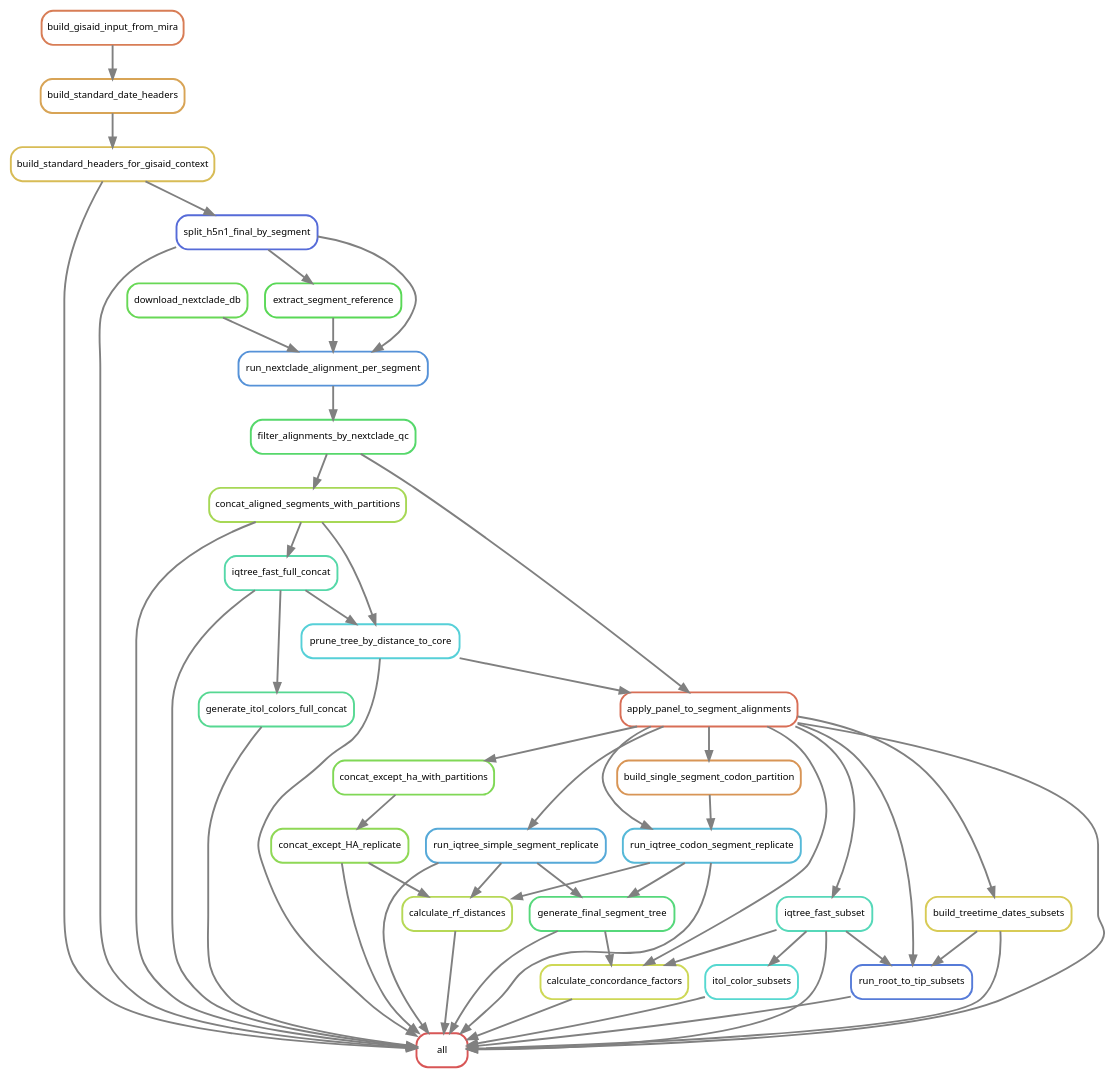
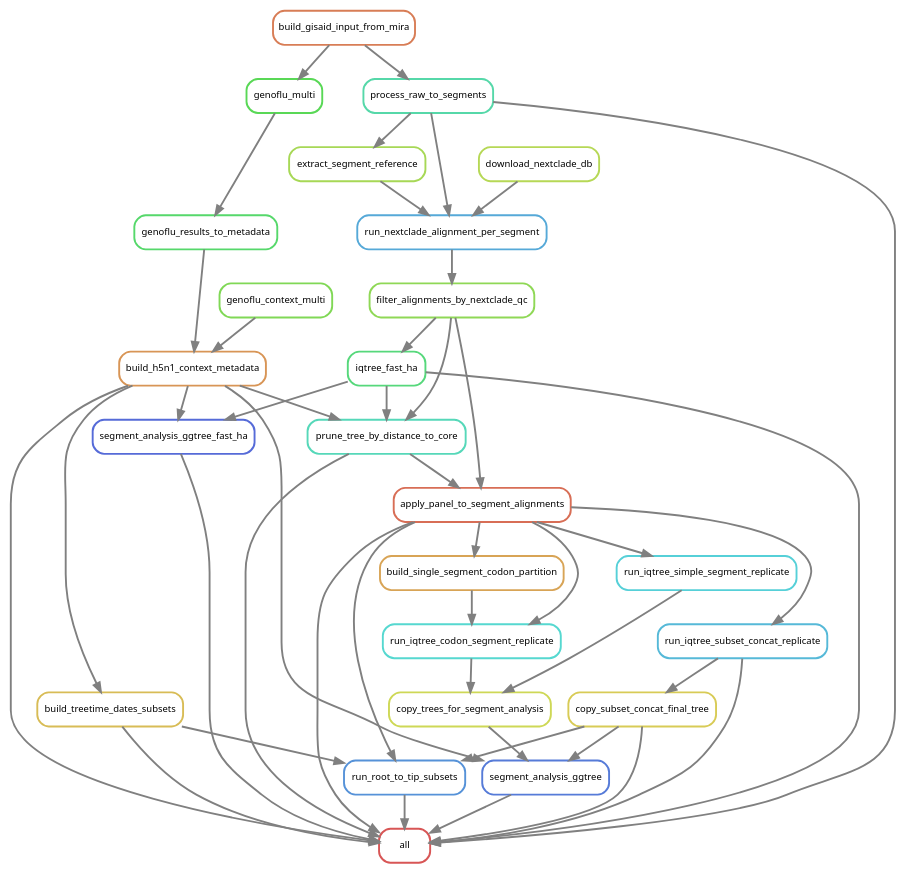
Before and after one commit to Sebysemily/Flu: the diagram in analysis/pipeline_rulegraph.dot, drawn with Graphviz. The commit also changed 50 other files, not shown here.

```diff
--- a/analysis/pipeline_rulegraph.dot
+++ b/analysis/pipeline_rulegraph.dot
@@ -1,83 +1,73 @@
 digraph snakemake_dag {
     graph[bgcolor=white, margin=0];
     node[shape=box, style=rounded, fontname=sans,                 fontsize=10, penwidth=2];
     edge[penwidth=2, color=grey];
 	0[label = "all", color = "0.00 0.6 0.85", style="rounded"];
-	1[label = "build_standard_headers_for_gisaid_context", color = "0.13 0.6 0.85", style="rounded"];
-	2[label = "build_standard_date_headers", color = "0.10 0.6 0.85", style="rounded"];
-	3[label = "build_gisaid_input_from_mira", color = "0.05 0.6 0.85", style="rounded"];
-	4[label = "split_h5n1_final_by_segment", color = "0.64 0.6 0.85", style="rounded"];
-	5[label = "concat_aligned_segments_with_partitions", color = "0.23 0.6 0.85", style="rounded"];
-	6[label = "filter_alignments_by_nextclade_qc", color = "0.36 0.6 0.85", style="rounded"];
-	7[label = "run_nextclade_alignment_per_segment", color = "0.59 0.6 0.85", style="rounded"];
-	8[label = "download_nextclade_db", color = "0.31 0.6 0.85", style="rounded"];
-	9[label = "extract_segment_reference", color = "0.33 0.6 0.85", style="rounded"];
-	10[label = "iqtree_fast_full_concat", color = "0.44 0.6 0.85", style="rounded"];
-	11[label = "run_iqtree_codon_segment_replicate", color = "0.54 0.6 0.85", style="rounded"];
-	12[label = "apply_panel_to_segment_alignments", color = "0.03 0.6 0.85", style="rounded"];
-	13[label = "prune_tree_by_distance_to_core", color = "0.51 0.6 0.85", style="rounded"];
-	14[label = "build_single_segment_codon_partition", color = "0.08 0.6 0.85", style="rounded"];
-	15[label = "run_iqtree_simple_segment_replicate", color = "0.56 0.6 0.85", style="rounded"];
-	16[label = "concat_except_HA_replicate", color = "0.26 0.6 0.85", style="rounded"];
-	17[label = "concat_except_ha_with_partitions", color = "0.28 0.6 0.85", style="rounded"];
-	18[label = "generate_final_segment_tree", color = "0.38 0.6 0.85", style="rounded"];
-	19[label = "calculate_rf_distances", color = "0.21 0.6 0.85", style="rounded"];
-	20[label = "calculate_concordance_factors", color = "0.18 0.6 0.85", style="rounded"];
-	21[label = "iqtree_fast_subset", color = "0.46 0.6 0.85", style="rounded"];
-	22[label = "generate_itol_colors_full_concat", color = "0.41 0.6 0.85", style="rounded"];
-	23[label = "build_treetime_dates_subsets", color = "0.15 0.6 0.85", style="rounded"];
-	24[label = "run_root_to_tip_subsets", color = "0.62 0.6 0.85", style="rounded"];
-	25[label = "itol_color_subsets", color = "0.49 0.6 0.85", style="rounded"];
-	4 -> 0
-	20 -> 0
-	10 -> 0
+	1[label = "process_raw_to_segments", color = "0.44 0.6 0.85", style="rounded"];
+	2[label = "build_gisaid_input_from_mira", color = "0.05 0.6 0.85", style="rounded"];
+	3[label = "iqtree_fast_ha", color = "0.38 0.6 0.85", style="rounded"];
+	4[label = "filter_alignments_by_nextclade_qc", color = "0.26 0.6 0.85", style="rounded"];
+	5[label = "run_nextclade_alignment_per_segment", color = "0.56 0.6 0.85", style="rounded"];
+	6[label = "download_nextclade_db", color = "0.21 0.6 0.85", style="rounded"];
+	7[label = "extract_segment_reference", color = "0.23 0.6 0.85", style="rounded"];
+	8[label = "segment_analysis_ggtree_fast_ha", color = "0.64 0.6 0.85", style="rounded"];
+	9[label = "build_h5n1_context_metadata", color = "0.08 0.6 0.85", style="rounded"];
+	10[label = "genoflu_context_multi", color = "0.28 0.6 0.85", style="rounded"];
+	11[label = "genoflu_results_to_metadata", color = "0.36 0.6 0.85", style="rounded"];
+	12[label = "genoflu_multi", color = "0.33 0.6 0.85", style="rounded"];
+	13[label = "prune_tree_by_distance_to_core", color = "0.46 0.6 0.85", style="rounded"];
+	14[label = "build_treetime_dates_subsets", color = "0.13 0.6 0.85", style="rounded"];
+	15[label = "apply_panel_to_segment_alignments", color = "0.03 0.6 0.85", style="rounded"];
+	16[label = "run_root_to_tip_subsets", color = "0.59 0.6 0.85", style="rounded"];
+	17[label = "copy_subset_concat_final_tree", color = "0.15 0.6 0.85", style="rounded"];
+	18[label = "run_iqtree_subset_concat_replicate", color = "0.54 0.6 0.85", style="rounded"];
+	19[label = "segment_analysis_ggtree", color = "0.62 0.6 0.85", style="rounded"];
+	20[label = "copy_trees_for_segment_analysis", color = "0.18 0.6 0.85", style="rounded"];
+	21[label = "run_iqtree_codon_segment_replicate", color = "0.49 0.6 0.85", style="rounded"];
+	22[label = "build_single_segment_codon_partition", color = "0.10 0.6 0.85", style="rounded"];
+	23[label = "run_iqtree_simple_segment_replicate", color = "0.51 0.6 0.85", style="rounded"];
+	13 -> 0
+	17 -> 0
 	16 -> 0
-	22 -> 0
-	23 -> 0
-	21 -> 0
-	24 -> 0
-	13 -> 0
-	11 -> 0
 	15 -> 0
+	19 -> 0
+	3 -> 0
+	8 -> 0
+	18 -> 0
 	1 -> 0
-	19 -> 0
-	12 -> 0
-	18 -> 0
-	5 -> 0
-	25 -> 0
+	9 -> 0
+	14 -> 0
 	2 -> 1
-	3 -> 2
-	1 -> 4
+	4 -> 3
+	5 -> 4
+	1 -> 5
+	7 -> 5
 	6 -> 5
-	7 -> 6
-	9 -> 7
-	4 -> 7
-	8 -> 7
-	4 -> 9
-	5 -> 10
+	1 -> 7
+	3 -> 8
+	9 -> 8
+	11 -> 9
+	10 -> 9
 	12 -> 11
-	14 -> 11
-	6 -> 12
-	13 -> 12
-	5 -> 13
-	10 -> 13
-	12 -> 14
-	12 -> 15
+	2 -> 12
+	3 -> 13
+	4 -> 13
+	9 -> 13
+	9 -> 14
+	13 -> 15
+	4 -> 15
+	15 -> 16
 	17 -> 16
-	12 -> 17
+	14 -> 16
+	18 -> 17
 	15 -> 18
-	11 -> 18
-	15 -> 19
-	16 -> 19
-	11 -> 19
-	12 -> 20
+	17 -> 19
+	20 -> 19
+	9 -> 19
+	23 -> 20
 	21 -> 20
-	18 -> 20
-	12 -> 21
-	10 -> 22
-	12 -> 23
-	12 -> 24
-	21 -> 24
-	23 -> 24
-	21 -> 25
+	15 -> 21
+	22 -> 21
+	15 -> 22
+	15 -> 23
 }            
```
